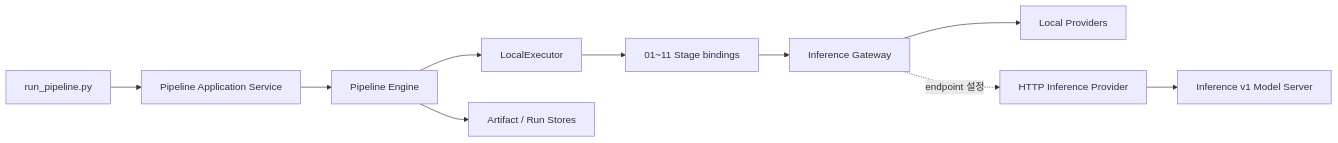
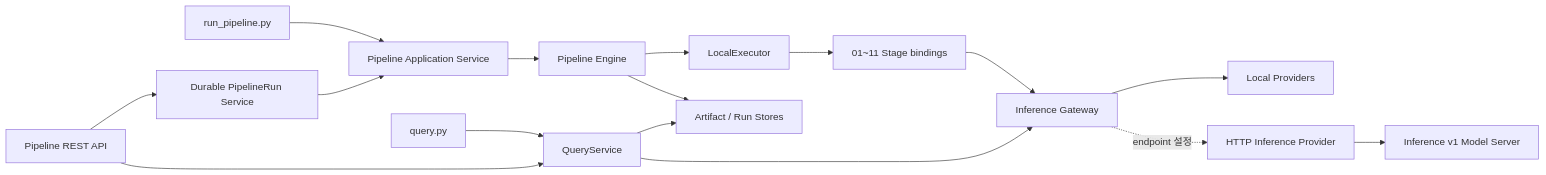
One commit to haesookimDev/video-preprocess changed the diagram in README.md. Above: the diagram before and after it, drawn with Mermaid. The commit also changed other lines of this file and 6 other files, not shown here.

````diff
--- a/README.md
+++ b/README.md
@@ -11,12 +11,18 @@
 ```mermaid
 flowchart LR
     CLI[run_pipeline.py] --> APP[Pipeline Application Service]
+    API[Pipeline REST API] --> RUNS[Durable PipelineRun Service]
+    RUNS --> APP
     APP --> ENGINE[Pipeline Engine]
     ENGINE --> EXECUTOR[LocalExecutor]
     EXECUTOR --> STAGES[01~11 Stage bindings]
     STAGES --> GATEWAY[Inference Gateway]
     GATEWAY --> LOCAL[Local Providers]
     GATEWAY -. endpoint 설정 .-> HTTP[HTTP Inference Provider]
     HTTP --> SERVER[Inference v1 Model Server]
     ENGINE --> STORES[Artifact / Run Stores]
+    QCLI[query.py] --> QUERY[QueryService]
+    API --> QUERY
+    QUERY --> GATEWAY
+    QUERY --> STORES
 ```
````
